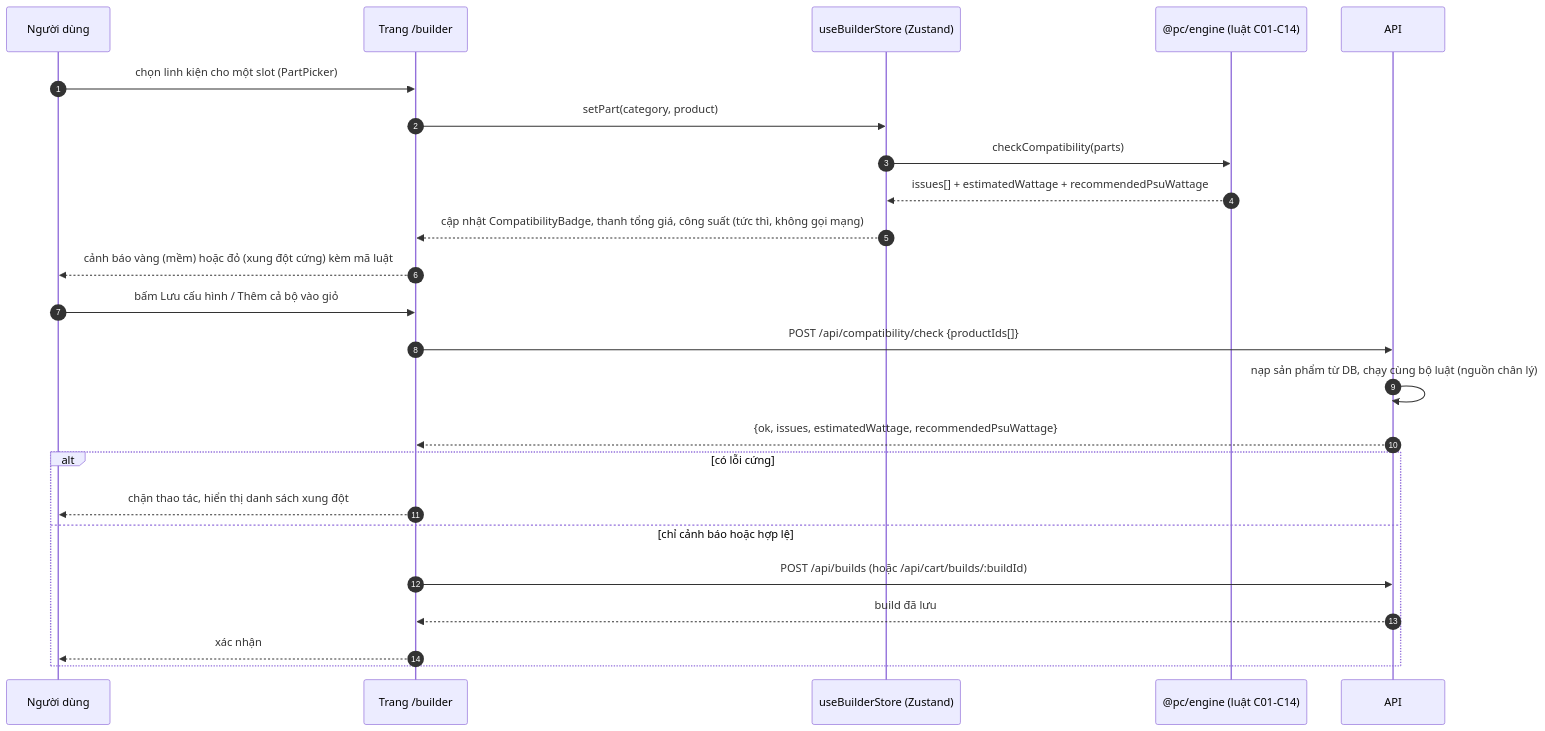
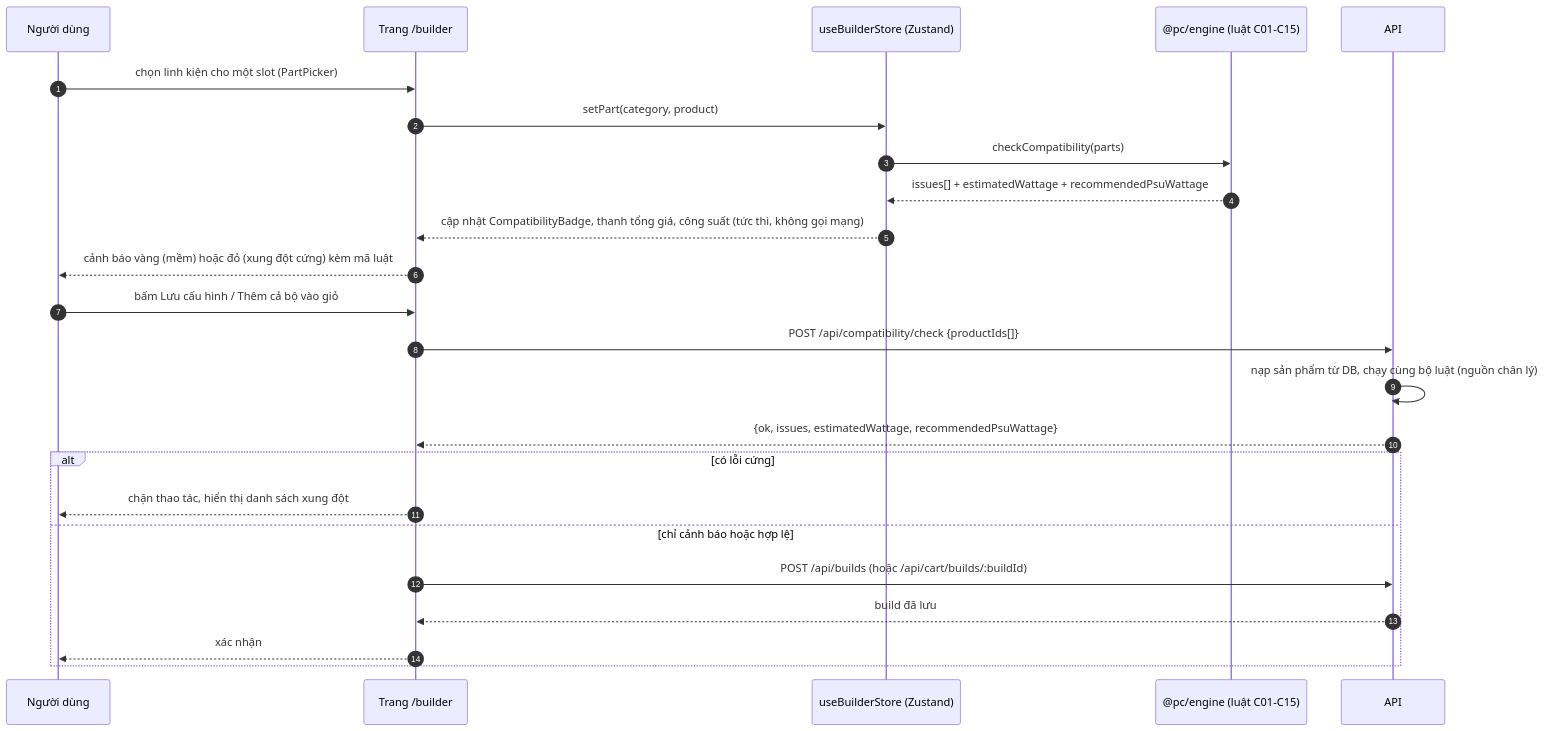
The diagram in docs/diagrams/seq-customizer-check.mmd (Okeanosu/pc-builder), drawn with Mermaid before and after one commit. The commit also changed 7 other files, not shown here.

Commit message:
docs(diagrams): sync ERD, engine classes, AI advisor and checkout sequences, order states and deployment with the code

```diff
--- a/docs/diagrams/seq-customizer-check.mmd
+++ b/docs/diagrams/seq-customizer-check.mmd
@@ -1,24 +1,24 @@
 sequenceDiagram
   autonumber
   participant U as Người dùng
   participant P as Trang /builder
   participant S as useBuilderStore (Zustand)
-  participant E as @pc/engine (luật C01-C14)
+  participant E as @pc/engine (luật C01-C15)
   participant A as API
   U->>P: chọn linh kiện cho một slot (PartPicker)
   P->>S: setPart(category, product)
   S->>E: checkCompatibility(parts)
   E-->>S: issues[] + estimatedWattage + recommendedPsuWattage
   S-->>P: cập nhật CompatibilityBadge, thanh tổng giá, công suất (tức thì, không gọi mạng)
   P-->>U: cảnh báo vàng (mềm) hoặc đỏ (xung đột cứng) kèm mã luật
   U->>P: bấm Lưu cấu hình / Thêm cả bộ vào giỏ
   P->>A: POST /api/compatibility/check {productIds[]}
   A->>A: nạp sản phẩm từ DB, chạy cùng bộ luật (nguồn chân lý)
   A-->>P: {ok, issues, estimatedWattage, recommendedPsuWattage}
   alt có lỗi cứng
     P-->>U: chặn thao tác, hiển thị danh sách xung đột
   else chỉ cảnh báo hoặc hợp lệ
     P->>A: POST /api/builds (hoặc /api/cart/builds/:buildId)
     A-->>P: build đã lưu
     P-->>U: xác nhận
   end
```
